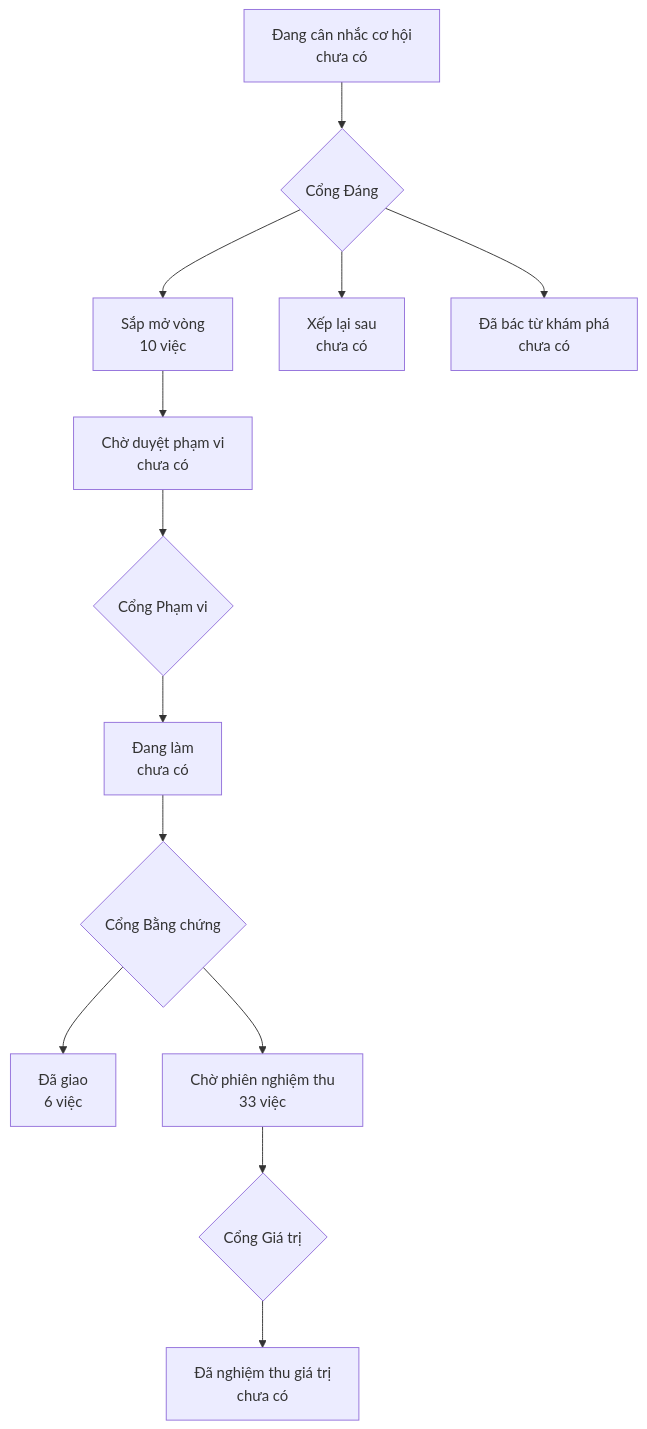
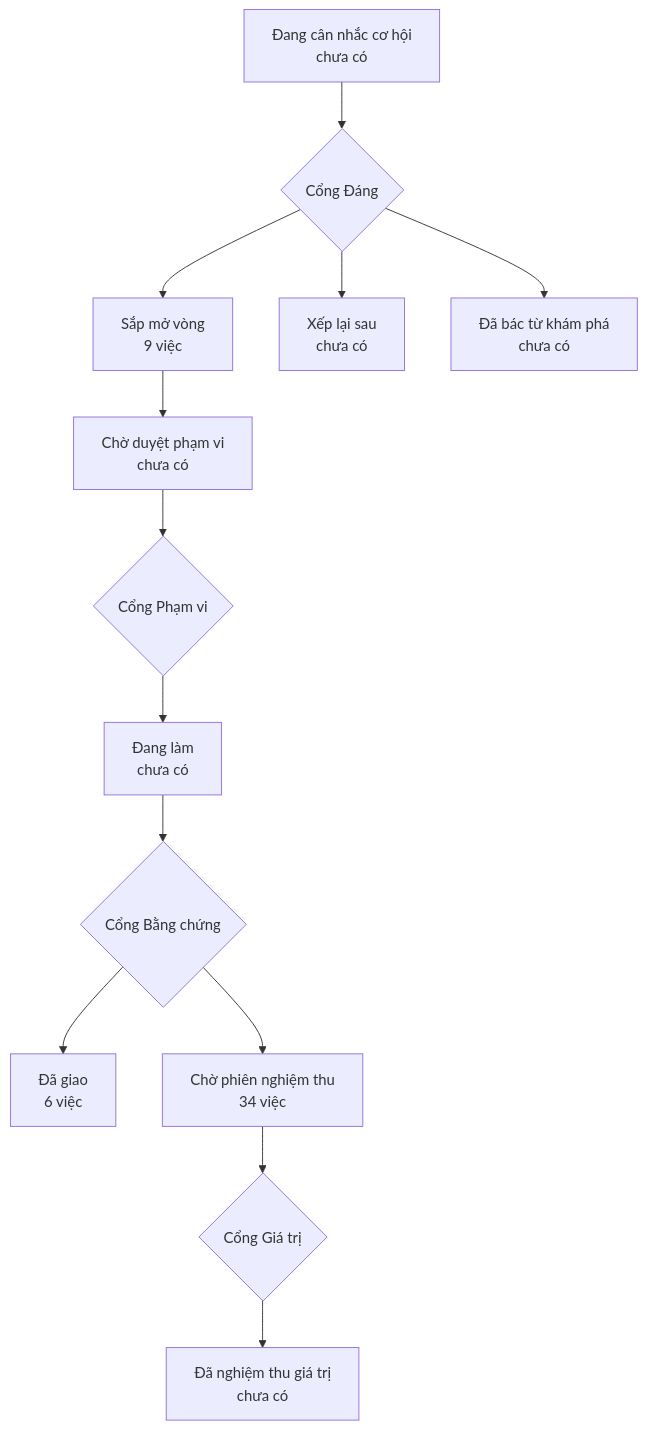
Before and after one commit to phanlemanh/onehub-quy-hang: the diagram in PRODUCT-MAP.md, drawn with Mermaid. The commit also changed other lines of this file and 1 other file, not shown here.

Commit message:
chore: vẽ lại bản đồ sau gộp main

````diff
--- a/PRODUCT-MAP.md
+++ b/PRODUCT-MAP.md
@@ -7,12 +7,12 @@
 ```mermaid
 flowchart TD
   A["Đang cân nhắc cơ hội<br/>chưa có"] --> GD{"Cổng Đáng"}
-  GD --> B["Sắp mở vòng<br/>10 việc"]
+  GD --> B["Sắp mở vòng<br/>9 việc"]
   GD --> XL["Xếp lại sau<br/>chưa có"]
   GD --> DB["Đã bác từ khám phá<br/>chưa có"]
   B --> CD["Chờ duyệt phạm vi<br/>chưa có"] --> GP{"Cổng Phạm vi"}
   GP --> DL["Đang làm<br/>chưa có"] --> GB{"Cổng Bằng chứng"}
   GB --> DG["Đã giao<br/>6 việc"]
-  GB --> CN["Chờ phiên nghiệm thu<br/>33 việc"] --> GG{"Cổng Giá trị"}
+  GB --> CN["Chờ phiên nghiệm thu<br/>34 việc"] --> GG{"Cổng Giá trị"}
   GG --> NT["Đã nghiệm thu giá trị<br/>chưa có"]
 ```
````
